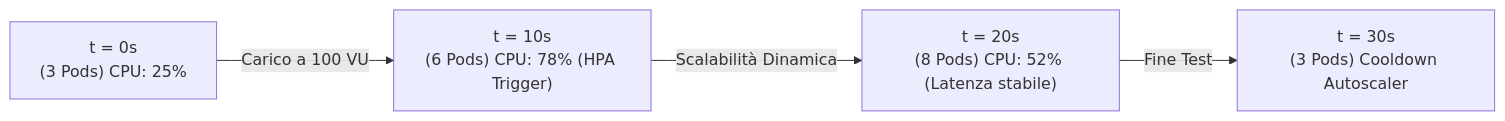
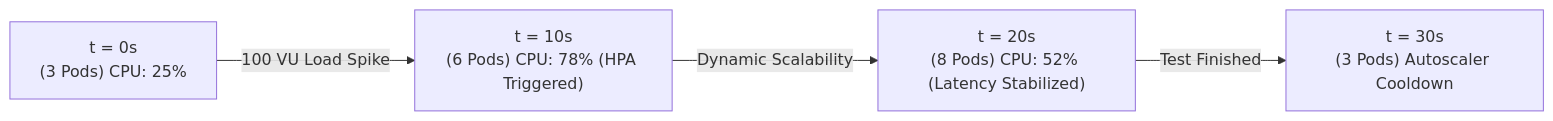
One commit to Manum-dev/taskproject changed the diagram in docs/load_test_report.md. Above: the diagram before and after it, drawn with Mermaid. The commit also changed other lines of this file and 3 other files, not shown here.

````diff
--- a/docs/load_test_report.md
+++ b/docs/load_test_report.md
@@ -54,6 +54,6 @@
 ```mermaid
 graph LR
-    t0["t = 0s<br/>(3 Pods) CPU: 25%"] -->|Carico a 100 VU| t10["t = 10s<br/>(6 Pods) CPU: 78% (HPA Trigger)"]
-    t10 -->|Scalabilità Dinamica| t20["t = 20s<br/>(8 Pods) CPU: 52% (Latenza stabile)"]
-    t20 -->|Fine Test| t30["t = 30s<br/>(3 Pods) Cooldown Autoscaler"]
+    t0["t = 0s<br/>(3 Pods) CPU: 25%"] -->|100 VU Load Spike| t10["t = 10s<br/>(6 Pods) CPU: 78% (HPA Triggered)"]
+    t10 -->|Dynamic Scalability| t20["t = 20s<br/>(8 Pods) CPU: 52% (Latency Stabilized)"]
+    t20 -->|Test Finished| t30["t = 30s<br/>(3 Pods) Autoscaler Cooldown"]
 ```
````
